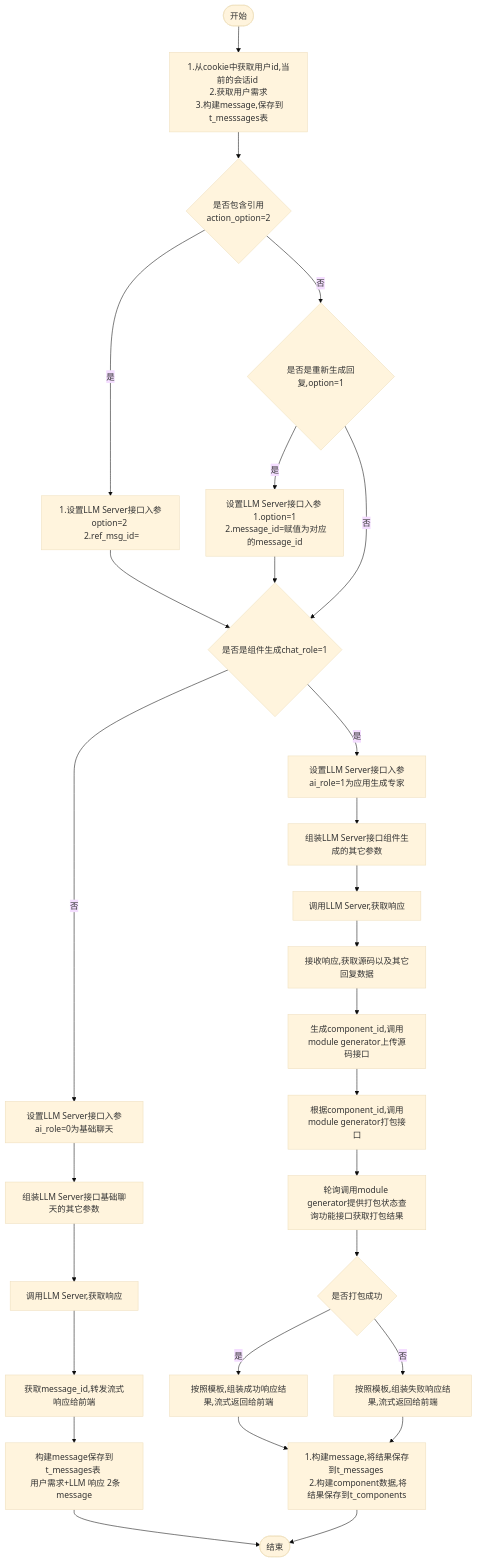
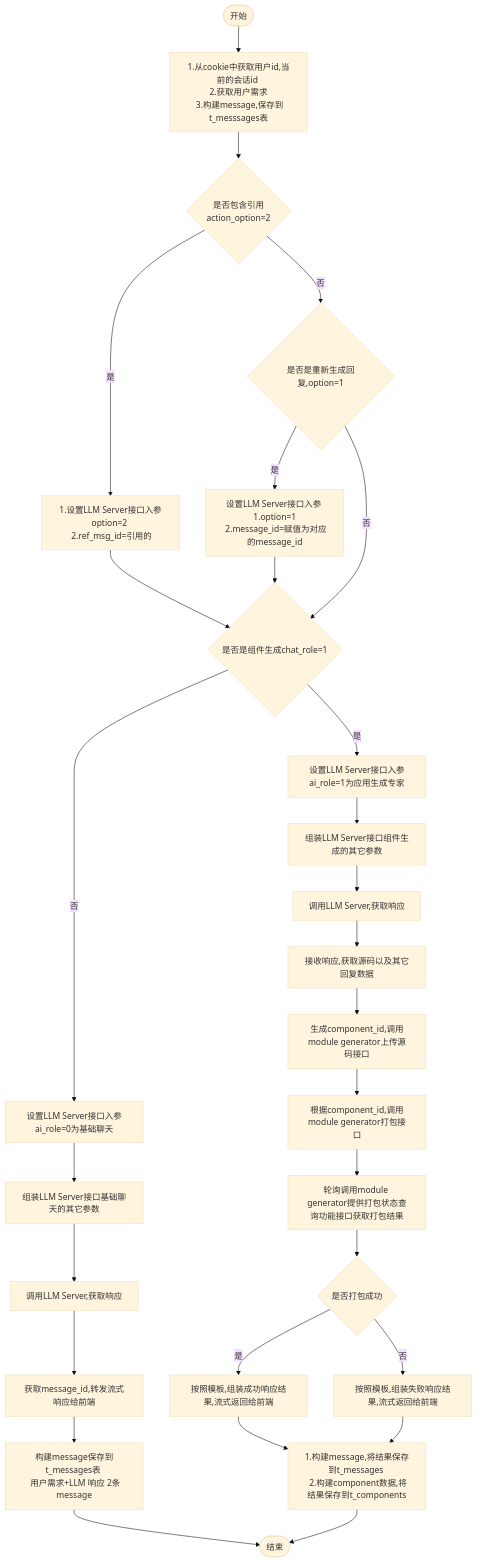
One commit to yingjianzh/iodraw-files changed the diagram in all/w3-会话-不需要传递message.md. Above: the diagram before and after it, drawn with Mermaid (base theme).

Commit message:
2024-10-15 15:02:39 update

````diff
--- a/all/w3-会话-不需要传递message.md
+++ b/all/w3-会话-不需要传递message.md
@@ -1,34 +1,34 @@
 ```mermaid
 flowchart TD
     A([开始]) --> B[1.从cookie中获取用户id,当前的会话id \n 2.获取用户需求 \n 3.构建message,保存到t_messsages表]
     B--> D{是否包含引用 \n action_option=2}
-    D -- 是 --> E[1.设置LLM Server接口入参option=2 \n 2.ref_msg_id=]
+    D -- 是 --> E[1.设置LLM Server接口入参option=2 \n 2.ref_msg_id=引用的]
     D -- 否 --> F{是否是重新生成回复,option=1}
     F -- 是 --> G[设置LLM Server接口入参 \n 1.option=1 \n 2.message_id=赋值为对应的message_id]
     F -- 否 --> I
      
     E & G --> I{是否是组件生成chat_role=1}
     I -- 否 --> K[设置LLM Server接口入参ai_role=0为基础聊天]
     I -- 是 --> J[设置LLM Server接口入参ai_role=1为应用生成专家]
     
 
     J --> L[组装LLM Server接口组件生成的其它参数]    
     K --> M[组装LLM Server接口基础聊天的其它参数]    
     M --> N[调用LLM Server,获取响应]    
     N --> O[获取message_id,转发流式响应给前端]
     O --> P[构建message保存到t_messages表 \n 用户需求+LLM 响应 2条message]
     P --> R([结束])
 
 
     L --> S[调用LLM Server,获取响应]
     S --> T[接收响应,获取源码以及其它回复数据]
     T --> U[生成component_id,调用module generator上传源码接口]
     U --> V[根据component_id,调用module generator打包接口]
     V --> W[轮询调用module generator提供打包状态查询功能接口获取打包结果]
     W --> X{是否打包成功}
     X -- 是 --> Y[按照模板,组装成功响应结果,流式返回给前端]
     X -- 否 --> Z[按照模板,组装失败响应结果,流式返回给前端]
 
     Y & Z --> Result[1.构建message,将结果保存到t_messages \n 2.构建component数据,将结果保存到t_components]
     Result --> R
 ```
````
